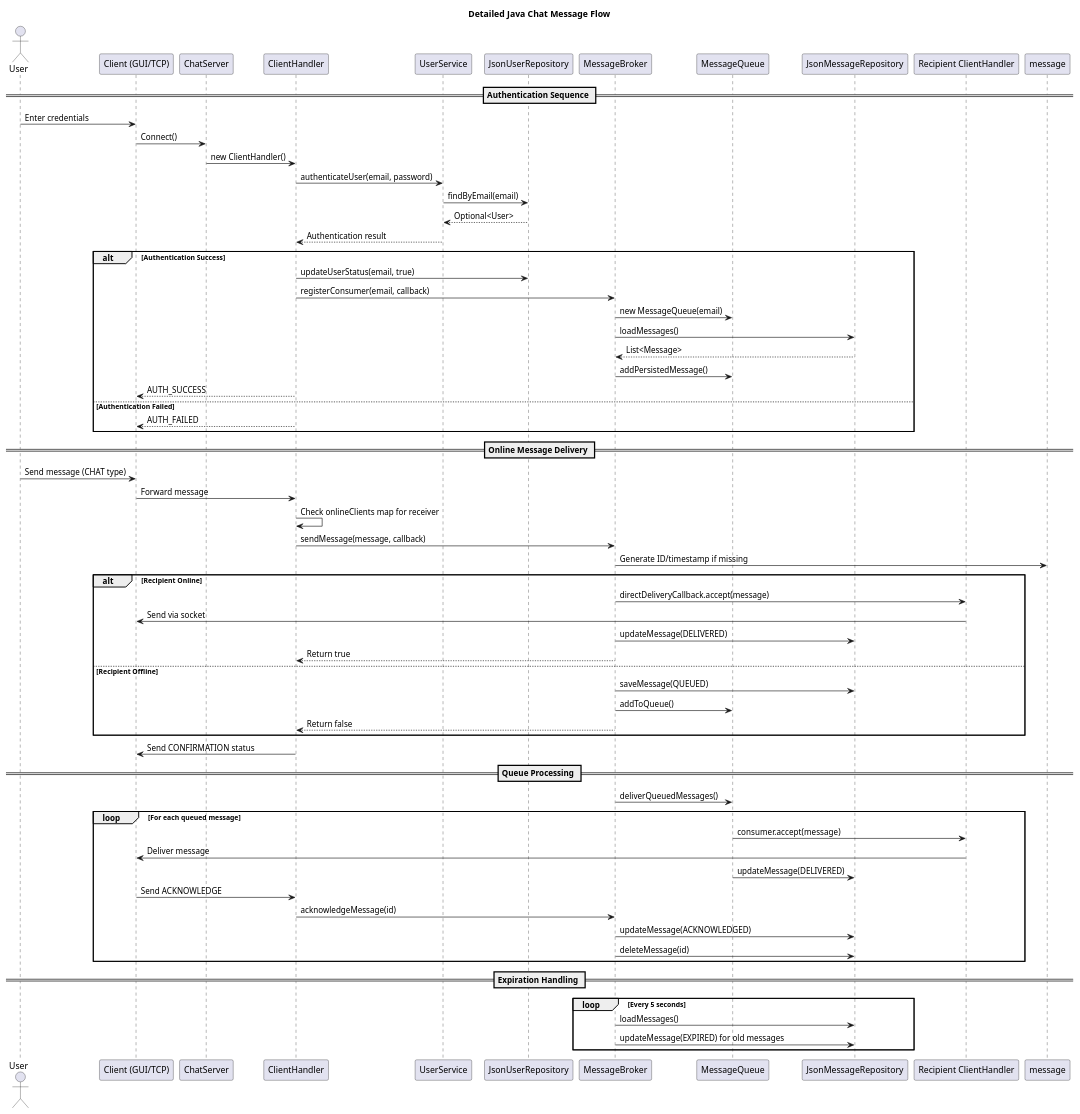
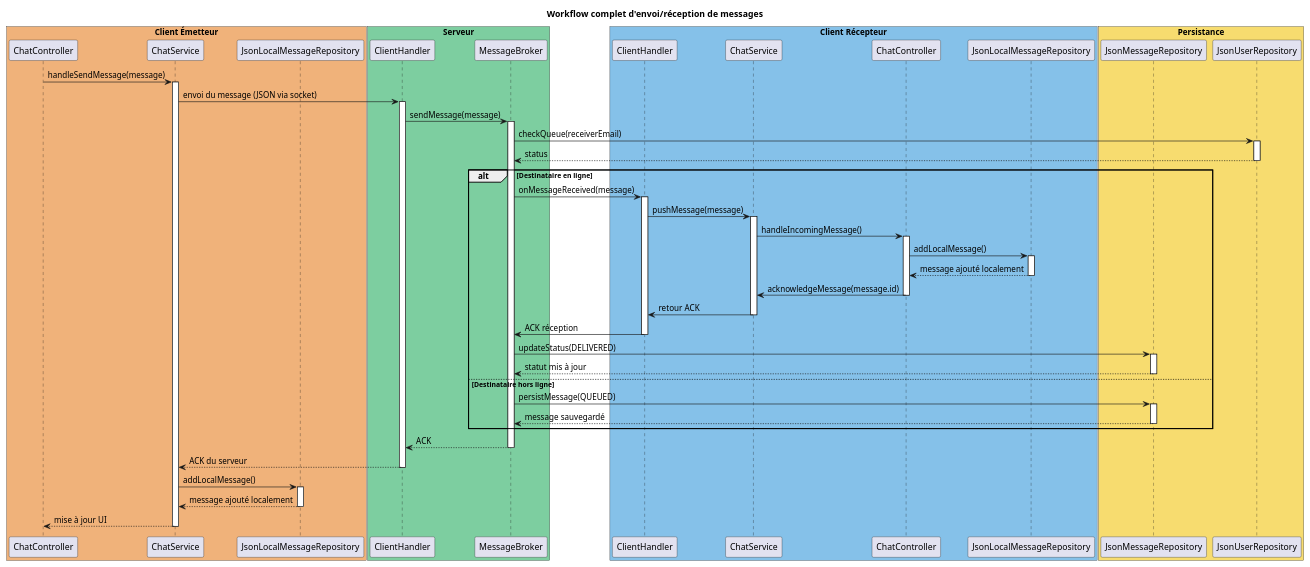
Before and after one commit to mouadd9/sockets-java-chat-app: the diagram in ds.puml, drawn with PlantUML. The commit also changed 17 other files, not shown here.

Commit message:
Ajout de la fonctionnalité de suppression de contact, mise à jour des messages d'erreur et amélioration de la gestion des contacts.

```diff
--- a/ds.puml
+++ b/ds.puml
@@ -1,72 +1,89 @@
 @startuml
-title Detailed Java Chat Message Flow
+box "Client Émetteur" #F0B27A
+participant ChatController as SenderController
+participant ChatService as SenderService
+participant JsonLocalMessageRepository as SenderLocalRepo
+end box
 
-actor User as user
-participant "Client (GUI/TCP)" as client
-participant "ChatServer" as server
-participant "ClientHandler" as handler
-participant "UserService" as userService
-participant "JsonUserRepository" as userRepo
-participant "MessageBroker" as broker
-participant "MessageQueue" as queue
-participant "JsonMessageRepository" as msgRepo
-participant "Recipient ClientHandler" as recipientHandler
+box "Serveur" #7DCEA0
+participant ClientHandler as SenderHandler
+participant MessageBroker
+end box
 
-== Authentication Sequence ==
-user -> client: Enter credentials
-client -> server: Connect()
-server -> handler: new ClientHandler()
-handler -> userService: authenticateUser(email, password)
-userService -> userRepo: findByEmail(email)
-userRepo --> userService: Optional<User>
-userService --> handler: Authentication result
+box "Client Récepteur" #85C1E9
+participant ClientHandler as ReceiverHandler
+participant ChatService as ReceiverService
+participant ChatController as ReceiverController
+participant JsonLocalMessageRepository as ReceiverLocalRepo
+end box
 
-alt Authentication Success
-    handler -> userRepo: updateUserStatus(email, true)
-    handler -> broker: registerConsumer(email, callback)
-    broker -> queue: new MessageQueue(email)
-    broker -> msgRepo: loadMessages()
-    msgRepo --> broker: List<Message>
-    broker -> queue: addPersistedMessage()
-    handler --> client: AUTH_SUCCESS
-else Authentication Failed
-    handler --> client: AUTH_FAILED
+box "Persistance" #F7DC6F
+participant JsonMessageRepository
+participant JsonUserRepository
+end box
+
+title Workflow complet d'envoi/réception de messages
+
+SenderController -> SenderService : handleSendMessage(message)
+activate SenderService
+
+SenderService -> SenderHandler : envoi du message (JSON via socket)
+activate SenderHandler
+
+SenderHandler -> MessageBroker : sendMessage(message)
+activate MessageBroker
+
+MessageBroker -> JsonUserRepository : checkQueue(receiverEmail)
+activate JsonUserRepository
+JsonUserRepository --> MessageBroker : status
+deactivate JsonUserRepository
+
+alt Destinataire en ligne
+    MessageBroker -> ReceiverHandler : onMessageReceived(message)
+    activate ReceiverHandler
+    
+    ReceiverHandler -> ReceiverService : pushMessage(message)
+    activate ReceiverService
+    
+    ReceiverService -> ReceiverController : handleIncomingMessage()
+    activate ReceiverController
+    
+    ReceiverController -> ReceiverLocalRepo : addLocalMessage()
+    activate ReceiverLocalRepo
+    ReceiverLocalRepo --> ReceiverController : message ajouté localement
+    deactivate ReceiverLocalRepo
+    
+    ReceiverController -> ReceiverService : acknowledgeMessage(message.id)
+    deactivate ReceiverController
+    
+    ReceiverService -> ReceiverHandler : retour ACK
+    deactivate ReceiverService
+    
+    ReceiverHandler -> MessageBroker : ACK réception
+    deactivate ReceiverHandler
+    
+    MessageBroker -> JsonMessageRepository : updateStatus(DELIVERED)
+    activate JsonMessageRepository
+    JsonMessageRepository --> MessageBroker : statut mis à jour
+    deactivate JsonMessageRepository
+else Destinataire hors ligne
+    MessageBroker -> JsonMessageRepository : persistMessage(QUEUED)
+    activate JsonMessageRepository
+    JsonMessageRepository --> MessageBroker : message sauvegardé
+    deactivate JsonMessageRepository
 end
 
-== Online Message Delivery ==
-user -> client: Send message (CHAT type)
-client -> handler: Forward message
-handler -> handler: Check onlineClients map for receiver
-handler -> broker: sendMessage(message, callback)
-broker -> message: Generate ID/timestamp if missing
-alt Recipient Online
-    broker -> recipientHandler: directDeliveryCallback.accept(message)
-    recipientHandler -> client: Send via socket
-    broker -> msgRepo: updateMessage(DELIVERED)
-    broker --> handler: Return true
-else Recipient Offline
-    broker -> msgRepo: saveMessage(QUEUED)
-    broker -> queue: addToQueue()
-    broker --> handler: Return false
-end
-handler -> client: Send CONFIRMATION status
+MessageBroker --> SenderHandler : ACK
+deactivate MessageBroker
 
-== Queue Processing ==
-broker -> queue: deliverQueuedMessages()
-loop For each queued message
-    queue -> recipientHandler: consumer.accept(message)
-    recipientHandler -> client: Deliver message
-    queue -> msgRepo: updateMessage(DELIVERED)
-    client -> handler: Send ACKNOWLEDGE
-    handler -> broker: acknowledgeMessage(id)
-    broker -> msgRepo: updateMessage(ACKNOWLEDGED)
-    broker -> msgRepo: deleteMessage(id)
-end
+SenderHandler --> SenderService : ACK du serveur
+deactivate SenderHandler
 
-== Expiration Handling ==
-loop Every 5 seconds
-    broker -> msgRepo: loadMessages()
-    broker -> msgRepo: updateMessage(EXPIRED) for old messages
-end
+SenderService -> SenderLocalRepo : addLocalMessage()
+activate SenderLocalRepo
+SenderLocalRepo --> SenderService : message ajouté localement
+deactivate SenderLocalRepo
 
+SenderService --> SenderController : mise à jour UI
+deactivate SenderService
 @enduml
```
